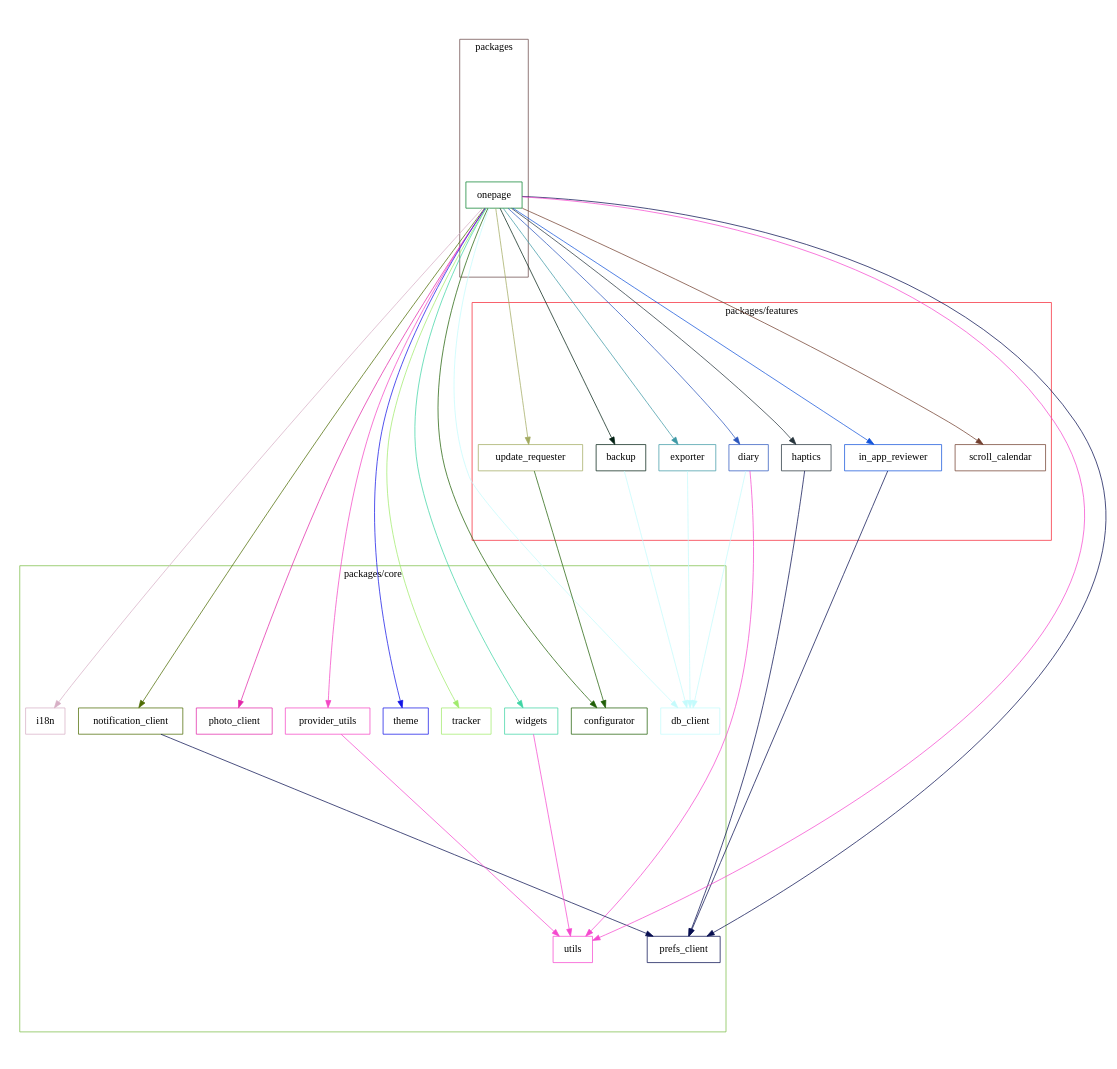
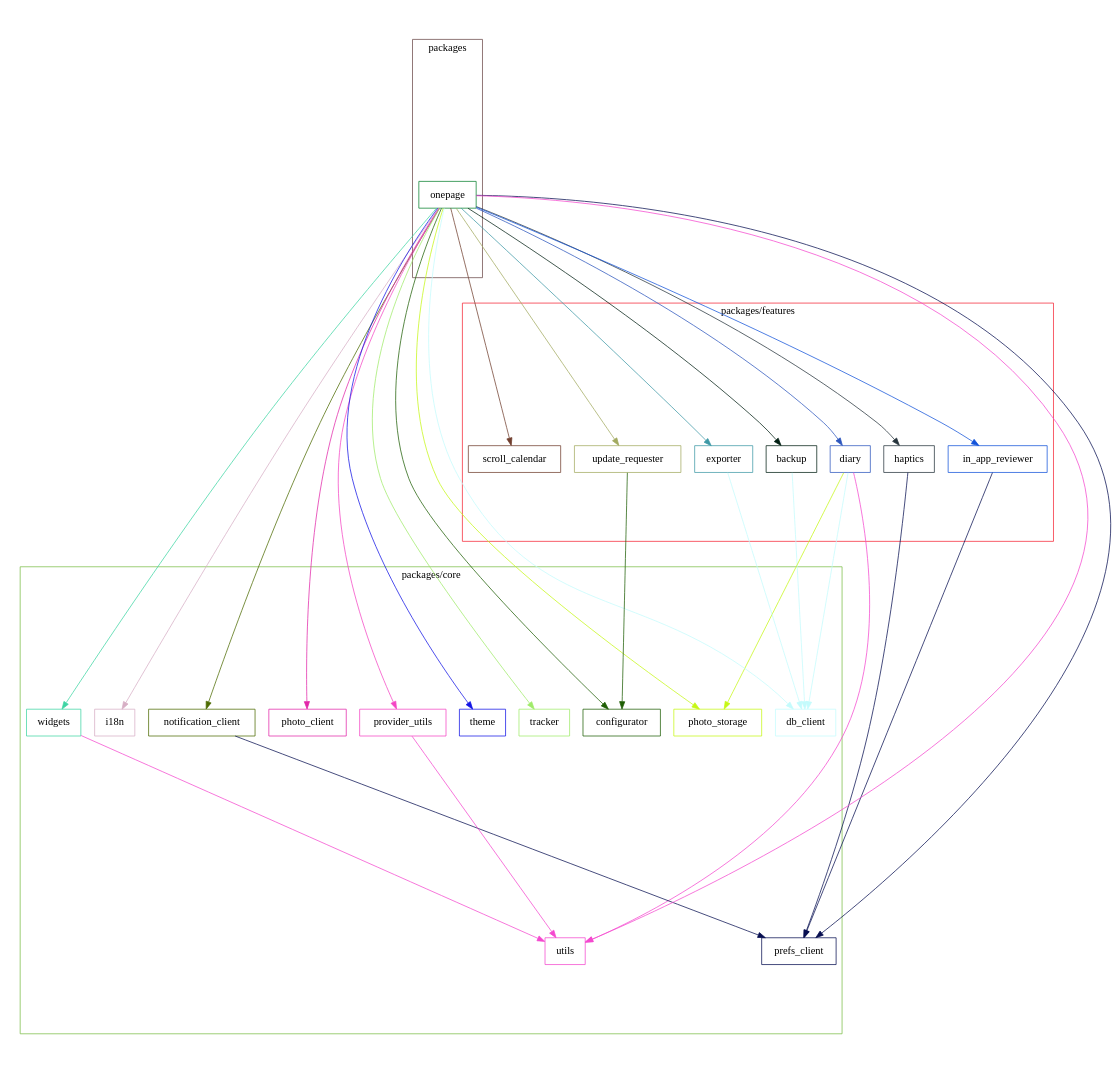
Before and after one commit to naipaka/onepage: the diagram in docs/dependency_graph.dot, drawn with Graphviz. The commit also changed 1 other file, not shown here.

Commit message:
Update Dependency Graph and SVG image (#305)

```diff
--- a/docs/dependency_graph.dot
+++ b/docs/dependency_graph.dot
@@ -1,81 +1,85 @@
 digraph packages {
   size="10"; ratio=fill;
   backup [shape="box"; color="#022013"];
   configurator [shape="box"; color="#205f06"];
   db_client [shape="box"; color="#c4fbfc"];
   diary [shape="box"; color="#2c56bd"];
   exporter [shape="box"; color="#3e99a6"];
   haptics [shape="box"; color="#26343c"];
   i18n [shape="box"; color="#d7afc5"];
   in_app_reviewer [shape="box"; color="#1253da"];
   notification_client [shape="box"; color="#4d6b02"];
   onepage [shape="box"; color="#08802d"];
   photo_client [shape="box"; color="#e227a9"];
+  photo_storage [shape="box"; color="#c6f715"];
   prefs_client [shape="box"; color="#080f51"];
   provider_utils [shape="box"; color="#f445c4"];
   scroll_calendar [shape="box"; color="#713e2e"];
   theme [shape="box"; color="#1214e6"];
   tracker [shape="box"; color="#a0eb6a"];
   update_requester [shape="box"; color="#a2aa60"];
   utils [shape="box"; color="#f548cf"];
   widgets [shape="box"; color="#3ed5a4"];
   backup -> db_client [style="filled"; color="#c4fbfc"];
   diary -> db_client [style="filled"; color="#c4fbfc"];
+  diary -> photo_storage [style="filled"; color="#c6f715"];
   diary -> utils [style="filled"; color="#f548cf"];
   exporter -> db_client [style="filled"; color="#c4fbfc"];
   haptics -> prefs_client [style="filled"; color="#080f51"];
   in_app_reviewer -> prefs_client [style="filled"; color="#080f51"];
   notification_client -> prefs_client [style="filled"; color="#080f51"];
   onepage -> backup [style="filled"; color="#022013"];
   onepage -> configurator [style="filled"; color="#205f06"];
   onepage -> db_client [style="filled"; color="#c4fbfc"];
   onepage -> diary [style="filled"; color="#2c56bd"];
   onepage -> exporter [style="filled"; color="#3e99a6"];
   onepage -> haptics [style="filled"; color="#26343c"];
   onepage -> i18n [style="filled"; color="#d7afc5"];
   onepage -> in_app_reviewer [style="filled"; color="#1253da"];
   onepage -> notification_client [style="filled"; color="#4d6b02"];
   onepage -> photo_client [style="filled"; color="#e227a9"];
+  onepage -> photo_storage [style="filled"; color="#c6f715"];
   onepage -> prefs_client [style="filled"; color="#080f51"];
   onepage -> provider_utils [style="filled"; color="#f445c4"];
   onepage -> scroll_calendar [style="filled"; color="#713e2e"];
   onepage -> theme [style="filled"; color="#1214e6"];
   onepage -> tracker [style="filled"; color="#a0eb6a"];
   onepage -> update_requester [style="filled"; color="#a2aa60"];
   onepage -> utils [style="filled"; color="#f548cf"];
   onepage -> widgets [style="filled"; color="#3ed5a4"];
   provider_utils -> utils [style="filled"; color="#f548cf"];
   update_requester -> configurator [style="filled"; color="#205f06"];
   widgets -> utils [style="filled"; color="#f548cf"];
   subgraph "cluster packages/features" {
     label="packages/features";
     color="#f62736";
     backup;
     diary;
     exporter;
     haptics;
     in_app_reviewer;
     scroll_calendar;
     update_requester;
   }
   subgraph "cluster packages/core" {
     label="packages/core";
     color="#7bbd47";
     configurator;
     db_client;
     i18n;
     notification_client;
     photo_client;
+    photo_storage;
     prefs_client;
     provider_utils;
     theme;
     tracker;
     utils;
     widgets;
   }
   subgraph "cluster packages" {
     label="packages";
     color="#6b4949";
     onepage;
   }
 }
```
